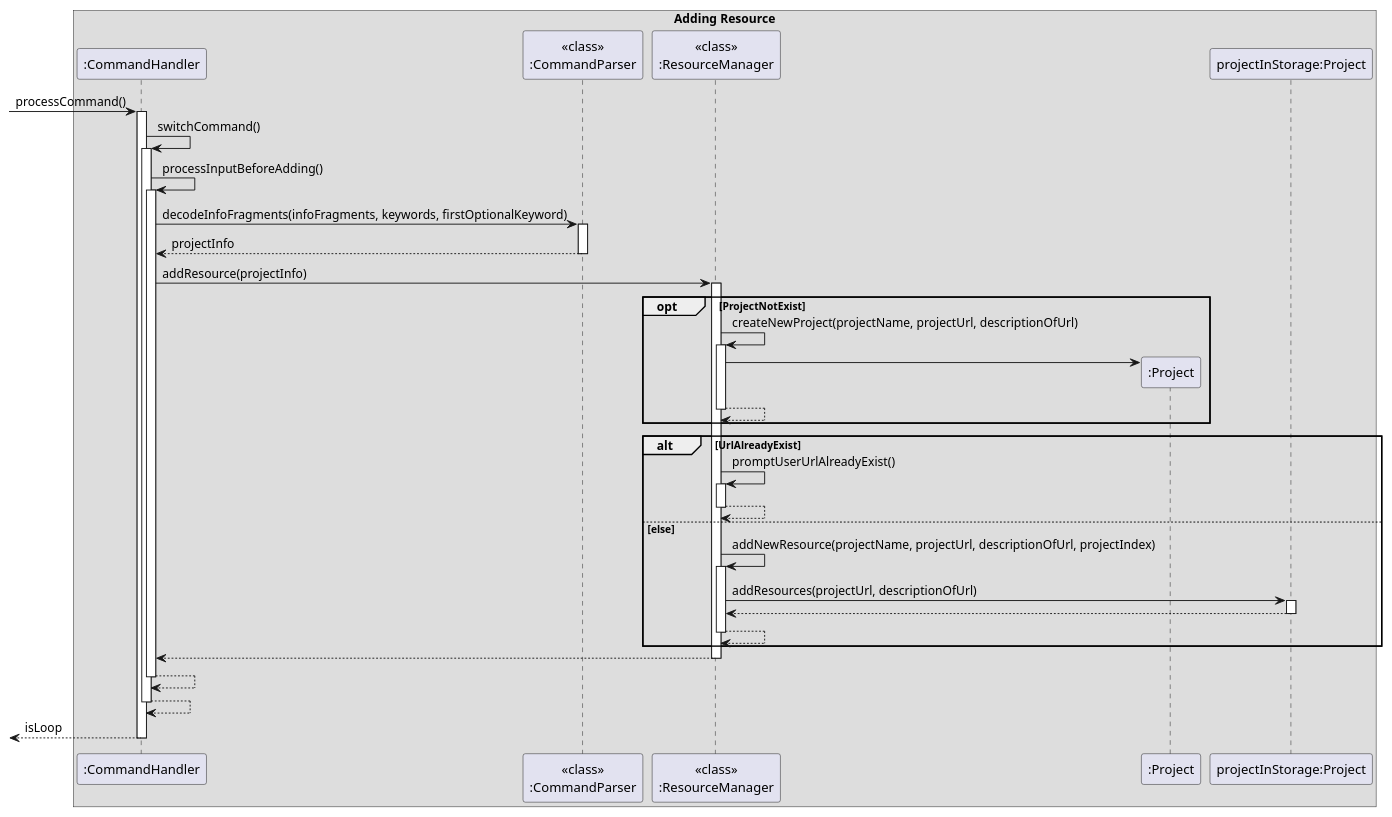
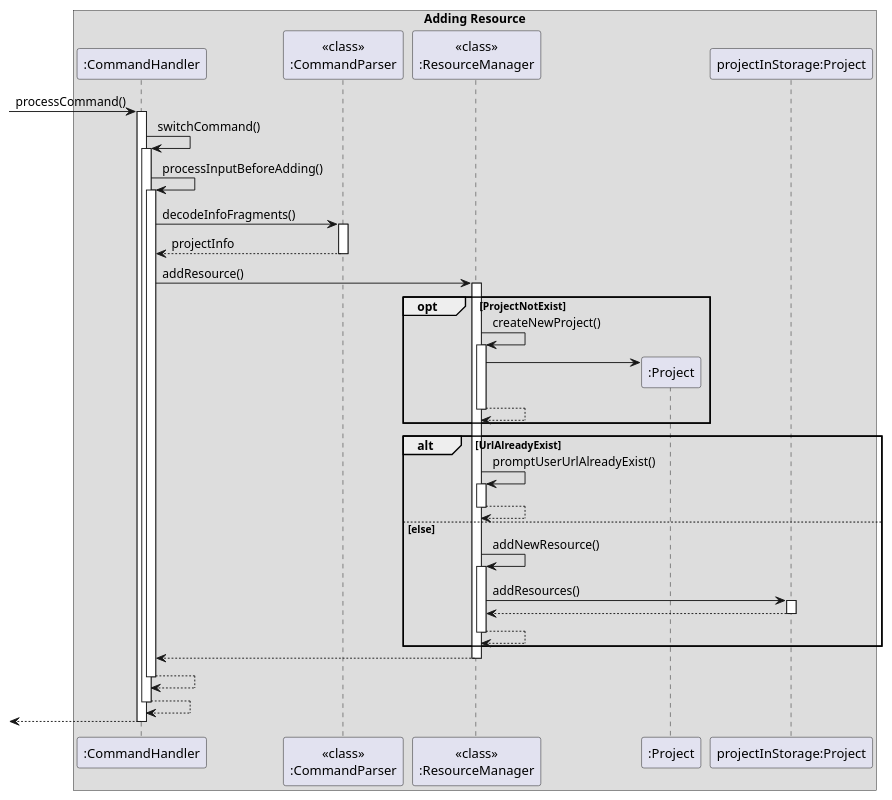
The diagram in docs/PlantUML/Add.puml (s-t-e-f/tp), drawn with PlantUML before and after one commit. The commit also changed 14 other files, not shown here.

Commit message:
[Sam] Updates on Sequence diagram, PPP, Photo and other important stuffs

```diff
--- a/docs/PlantUML/Add.puml
+++ b/docs/PlantUML/Add.puml
@@ -1,51 +1,51 @@
 @startuml
 
 box Adding Resource
 participant ":CommandHandler" as CH
 participant "<<class>>\n:CommandParser" as CP
 participant "<<class>>\n:ResourceManager" as RM
 participant ":Project" as P1
 participant "projectInStorage:Project" as P2
 
 [-> CH: processCommand()
 activate CH
 
 CH -> CH: switchCommand()
 activate CH
 
 CH -> CH: processInputBeforeAdding()
 activate CH
 
-CH -> CP: decodeInfoFragments(infoFragments, keywords, firstOptionalKeyword)
+CH -> CP: decodeInfoFragments()
 activate CP
 return projectInfo
 
-CH -> RM: addResource(projectInfo)
+CH -> RM: addResource()
 activate RM
 opt ProjectNotExist
-    RM -> RM: createNewProject(projectName, projectUrl, descriptionOfUrl)
+    RM -> RM: createNewProject()
     activate RM
     create P1
     RM -> P1:
     return
 end
 
 alt UrlAlreadyExist
     RM -> RM: promptUserUrlAlreadyExist()
     activate RM
     return
 else else
-    RM -> RM: addNewResource(projectName, projectUrl, descriptionOfUrl, projectIndex)
+    RM -> RM: addNewResource()
     activate RM
-    RM -> P2: addResources(projectUrl, descriptionOfUrl)
+    RM -> P2: addResources()
     activate P2
     return
     return
 end
 
 return
 return
 return
-return isLoop
+return
 
 @enduml
```
